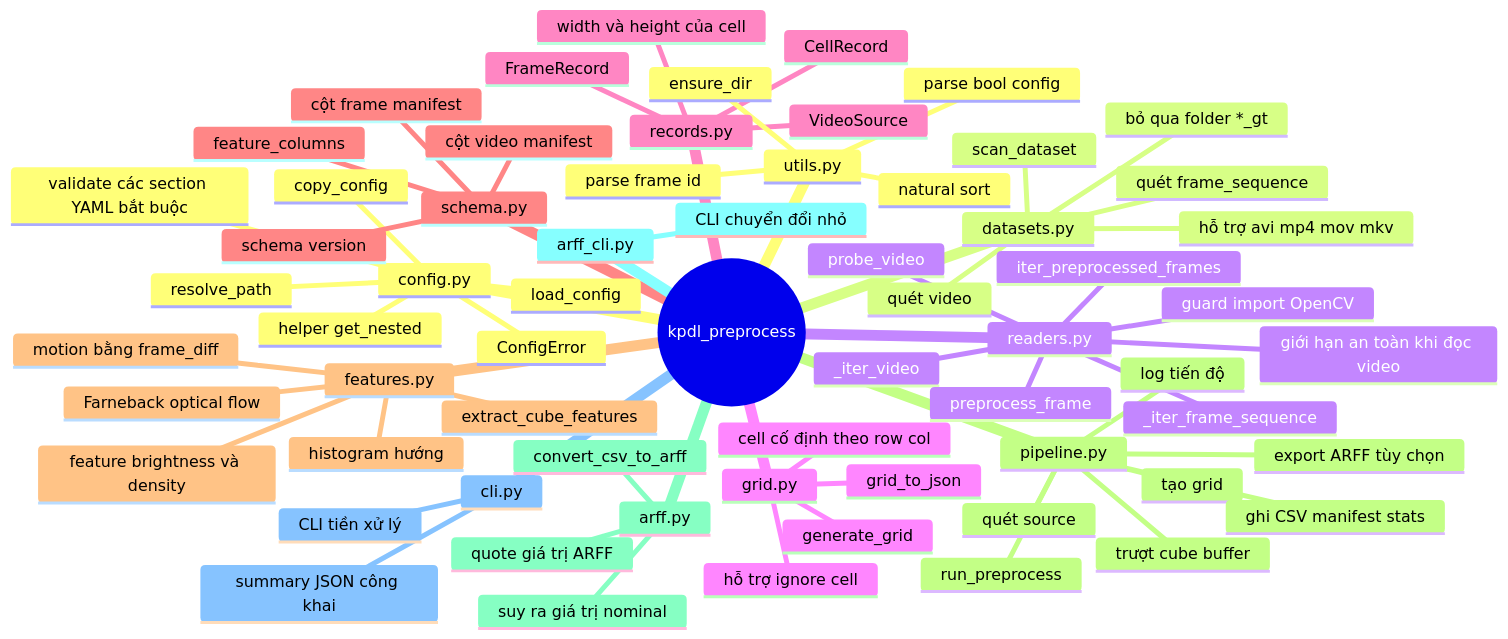
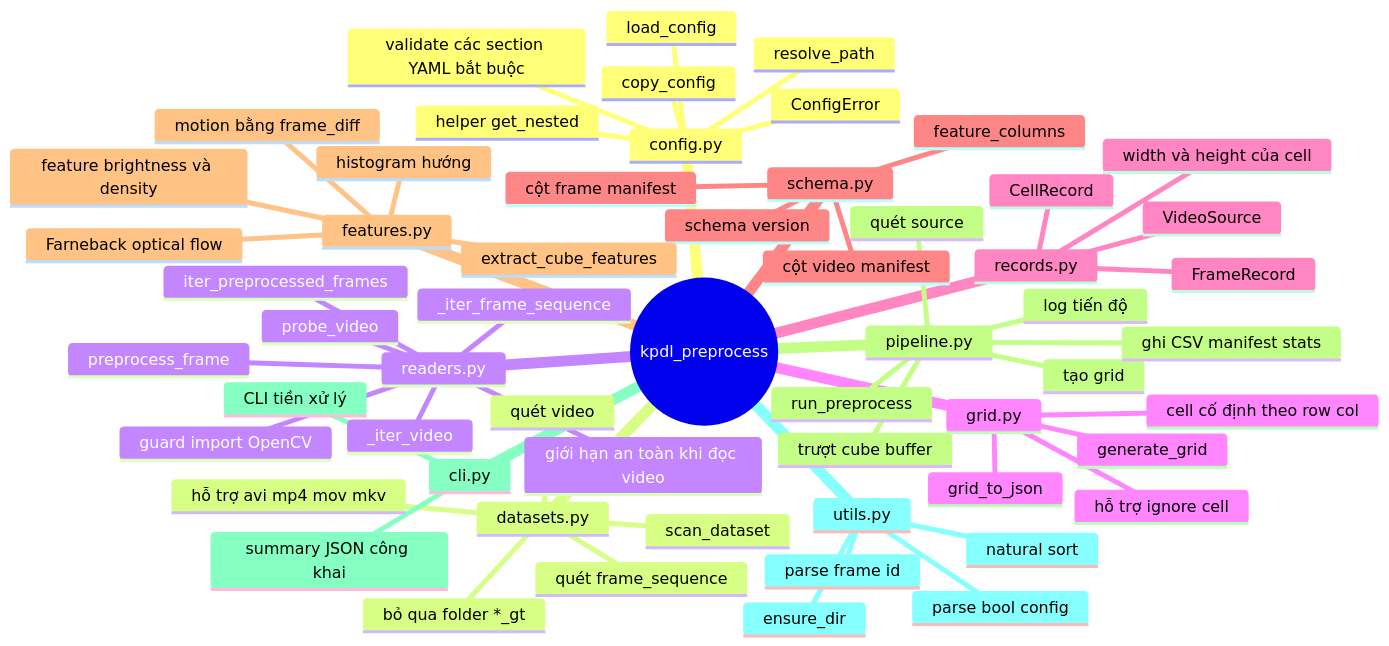
Before and after one commit to phillnolan/BTL-KPDL: the fourth of 8 diagrams in src/doc/code_mindmap.md, drawn with Mermaid. The commit also changed other lines of this file and 56 other files, not shown here.

````diff
--- a/src/doc/code_mindmap.md
+++ b/src/doc/code_mindmap.md
@@ -234,68 +213,61 @@
 ```mermaid
 mindmap
   root((kpdl_preprocess))
     config.py
       ConfigError
       load_config
       validate các section YAML bắt buộc
       helper get_nested
       copy_config
       resolve_path
     datasets.py
       scan_dataset
       quét frame_sequence
       quét video
       bỏ qua folder *_gt
       hỗ trợ avi mp4 mov mkv
     readers.py
       iter_preprocessed_frames
       probe_video
       _iter_frame_sequence
       _iter_video
       preprocess_frame
       giới hạn an toàn khi đọc video
       guard import OpenCV
     grid.py
       generate_grid
       grid_to_json
       cell cố định theo row col
       hỗ trợ ignore cell
     records.py
       VideoSource
       FrameRecord
       CellRecord
       width và height của cell
     schema.py
       schema version
       cột frame manifest
       cột video manifest
       feature_columns
     features.py
       extract_cube_features
       motion bằng frame_diff
       Farneback optical flow
       histogram hướng
       feature brightness và density
     pipeline.py
       run_preprocess
       quét source
       tạo grid
       trượt cube buffer
       ghi CSV manifest stats
-      export ARFF tùy chọn
       log tiến độ
-    arff.py
-      convert_csv_to_arff
-      suy ra giá trị nominal
-      quote giá trị ARFF
-    arff_cli.py
-      CLI chuyển đổi nhỏ
     cli.py
       CLI tiền xử lý
       summary JSON công khai
     utils.py
       ensure_dir
       natural sort
       parse frame id
       parse bool config
 ```
````
